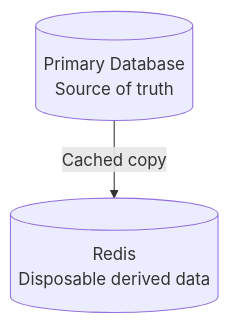
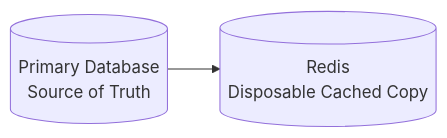
One commit to AvadhBhalodiya/Interview-Preparation changed the third of 7 diagrams in src/content/caching/cache-invalidation.md. Above: the diagram before and after it, drawn with Mermaid. The commit also changed other lines of this file and 54 other files, not shown here.

````diff
--- a/src/content/caching/cache-invalidation.md
+++ b/src/content/caching/cache-invalidation.md
@@ -84,4 +87,6 @@
 ```mermaid
-flowchart TB
-    DB[(Primary Database<br/>Source of truth)] -->|Cached copy| R[(Redis<br/>Disposable derived data)]
+flowchart LR
+    DB[(Primary Database<br/>Source of Truth)]
+    R[(Redis<br/>Disposable Cached Copy)]
+    DB --> R
 ```
````
